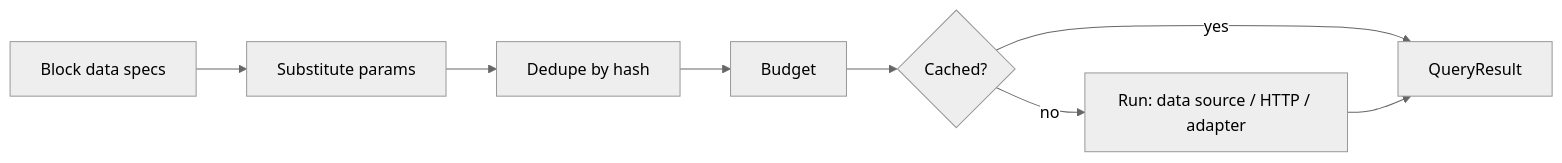
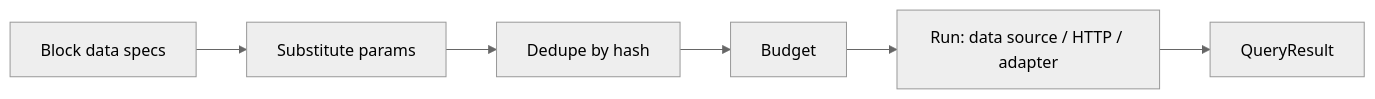
One commit to 0ctanium/puckremote changed the diagram in apps/docs/content/docs/(framework)/concepts/declarative-data.mdx. Above: the diagram before and after it, drawn with Mermaid (neutral theme). The commit also changed other lines of this file and 184 other files, not shown here.

````diff
--- a/apps/docs/content/docs/(framework)/concepts/declarative-data.mdx
+++ b/apps/docs/content/docs/(framework)/concepts/declarative-data.mdx
@@ -17,10 +17,8 @@
 ```mermaid
 graph LR
   B[Block data specs] --> P[Substitute params]
   P --> D[Dedupe by hash]
   D --> G[Budget]
-  G --> C{Cached?}
-  C -->|yes| R[QueryResult]
-  C -->|no| X[Run: data source / HTTP / adapter]
-  X --> R
+  G --> X[Run: data source / HTTP / adapter]
+  X --> R[QueryResult]
 ```
````
